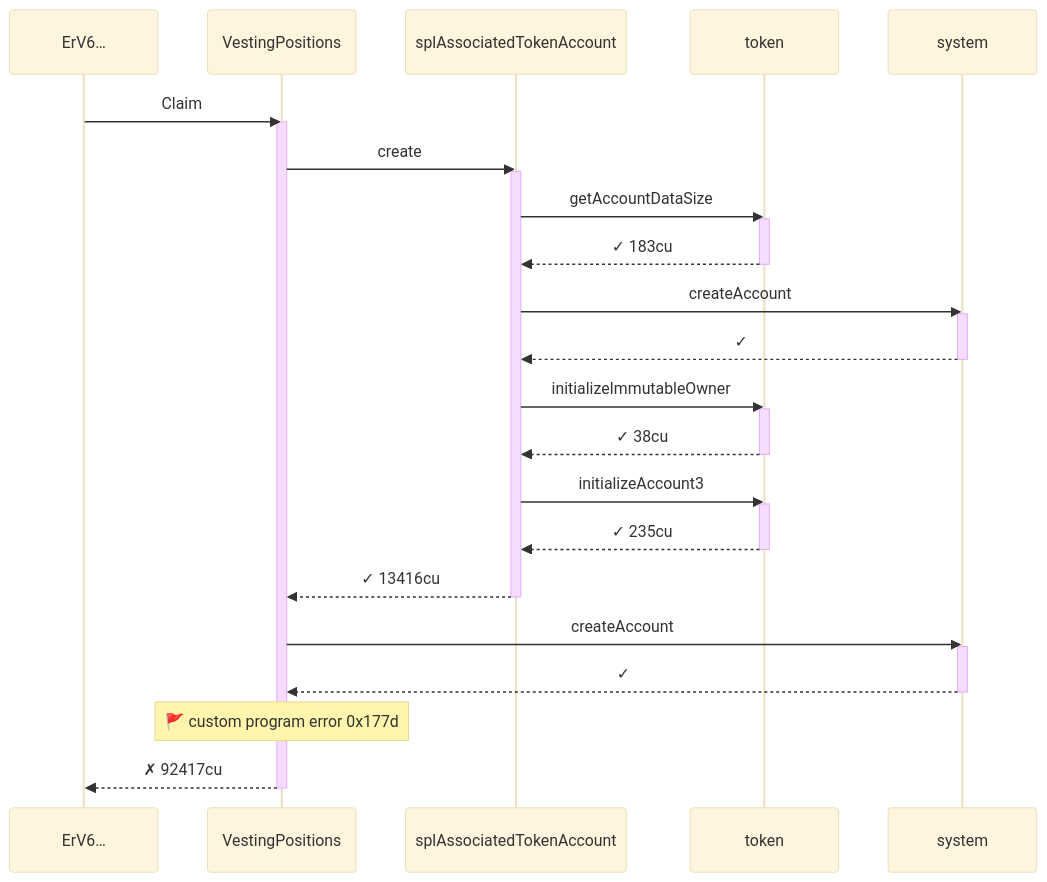
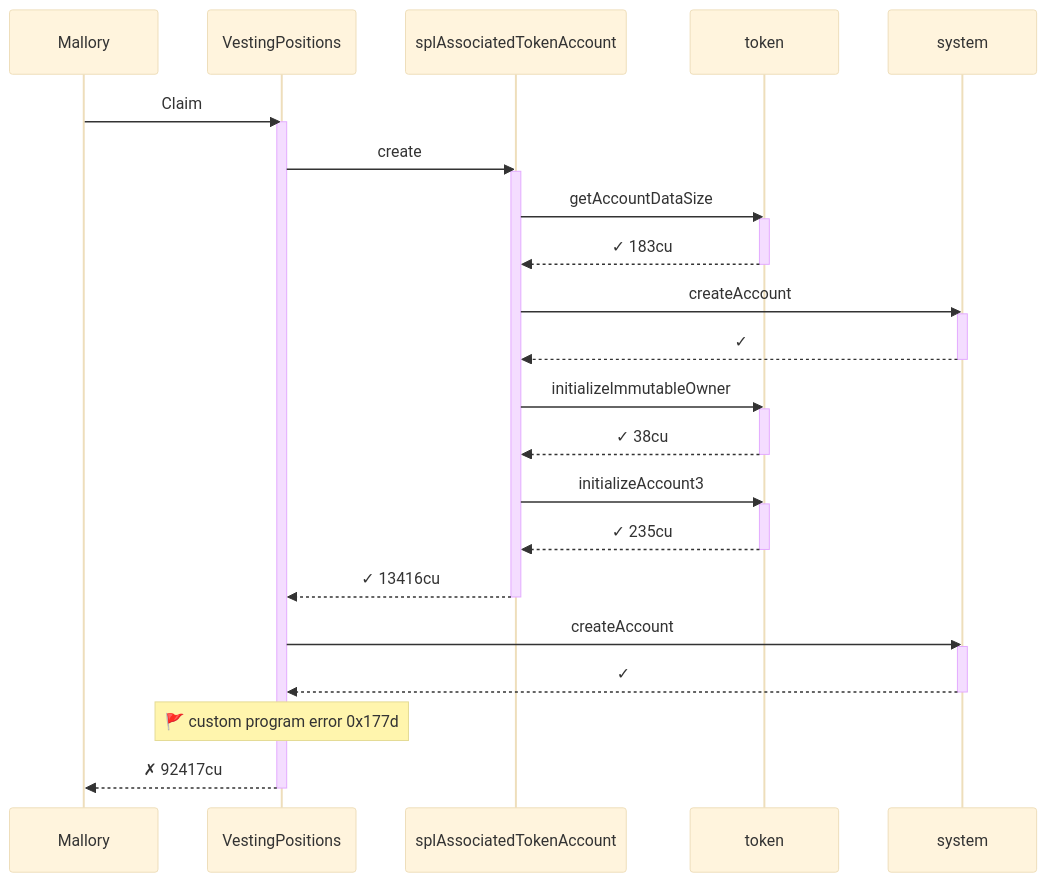
One commit to cds-turbin3/vesting-position changed the fourth of 6 diagrams in babelfish-tests/test-report/scenario_5_unwhitelisted_user_fails.md. Above: the diagram before and after it, drawn with Mermaid (base theme). The commit also changed other lines of this file and 62 other files, not shown here.

````diff
--- a/babelfish-tests/test-report/scenario_5_unwhitelisted_user_fails.md
+++ b/babelfish-tests/test-report/scenario_5_unwhitelisted_user_fails.md
@@ -207,37 +206,37 @@
 ```mermaid
 sequenceDiagram
-    participant p0 as ErV6…
+    participant p0 as Mallory
     participant p1 as VestingPositions
     participant p2 as splAssociatedTokenAccount
     participant p3 as token
     participant p4 as system
     p0->>p1: Claim
     activate p1
     p1->>p2: create
     activate p2
     p2->>p3: getAccountDataSize
     activate p3
     p3-->>p2: ✓ 183cu
     deactivate p3
     p2->>p4: createAccount
     activate p4
     p4-->>p2: ✓
     deactivate p4
     p2->>p3: initializeImmutableOwner
     activate p3
     p3-->>p2: ✓ 38cu
     deactivate p3
     p2->>p3: initializeAccount3
     activate p3
     p3-->>p2: ✓ 235cu
     deactivate p3
     p2-->>p1: ✓ 13416cu
     deactivate p2
     p1->>p4: createAccount
     activate p4
     p4-->>p1: ✓
     deactivate p4
     note over p1: 🚩 custom program error  0x177d
     p1-->>p0: ✗ 92417cu
     deactivate p1
 ```
````
